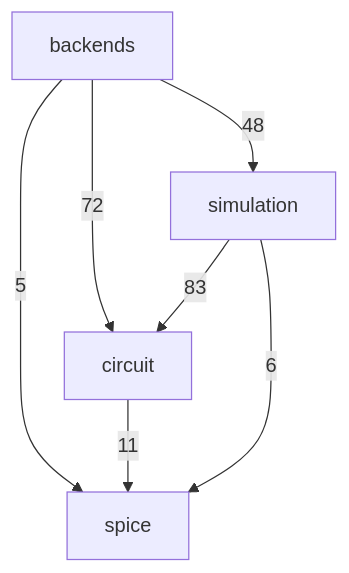
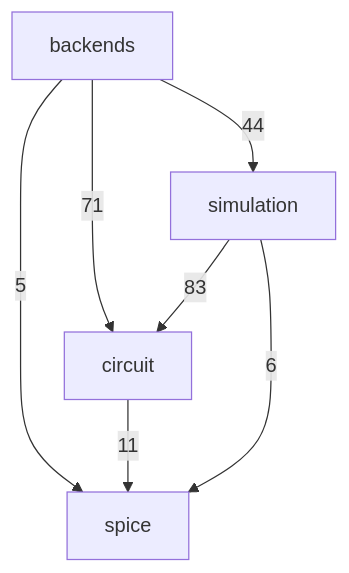
One commit to ronnymilleo/imcsim changed the second of 3 diagrams in docs/architecture.md. Above: the diagram before and after it, drawn with Mermaid. The commit also changed 70 other files, not shown here.

Commit message:
refactor(nodalys): resolve remaining architecture scorecard checks (A3, A5, A7)

````diff
--- a/docs/architecture.md
+++ b/docs/architecture.md
@@ -33,13 +33,13 @@
 ```mermaid
 flowchart TD
     app_core_spice[spice]
     app_core_circuit[circuit]
     app_core_simulation[simulation]
     app_core_backends[backends]
-    app_core_backends -->|72| app_core_circuit
-    app_core_backends -->|48| app_core_simulation
+    app_core_backends -->|71| app_core_circuit
+    app_core_backends -->|44| app_core_simulation
     app_core_backends -->|5| app_core_spice
     app_core_circuit -->|11| app_core_spice
     app_core_simulation -->|83| app_core_circuit
     app_core_simulation -->|6| app_core_spice
 ```
````
